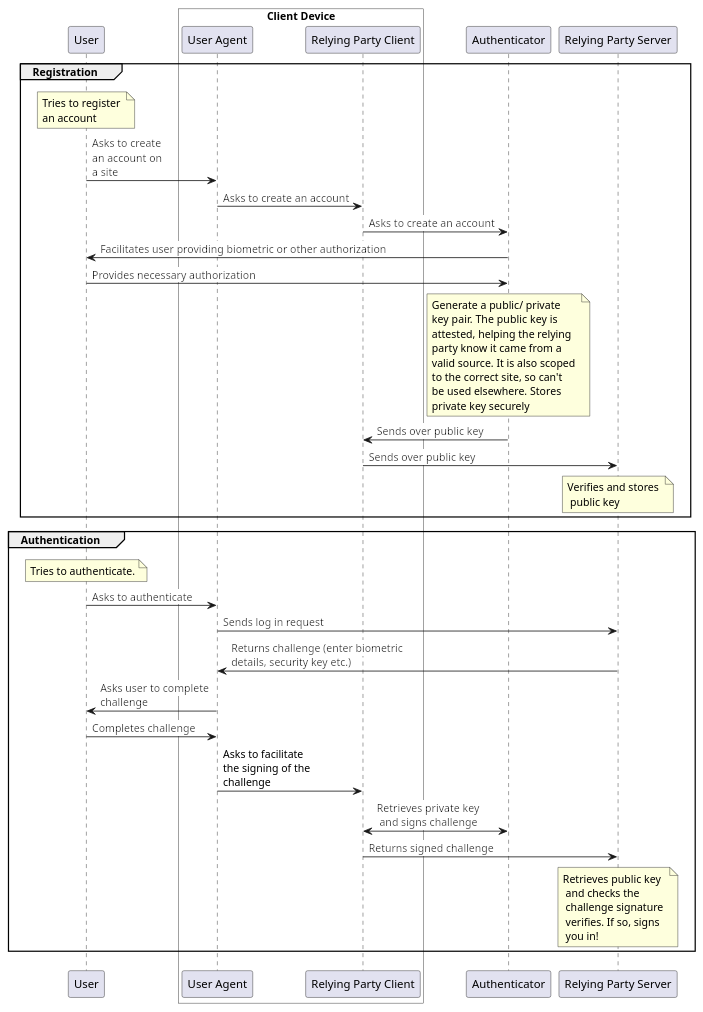
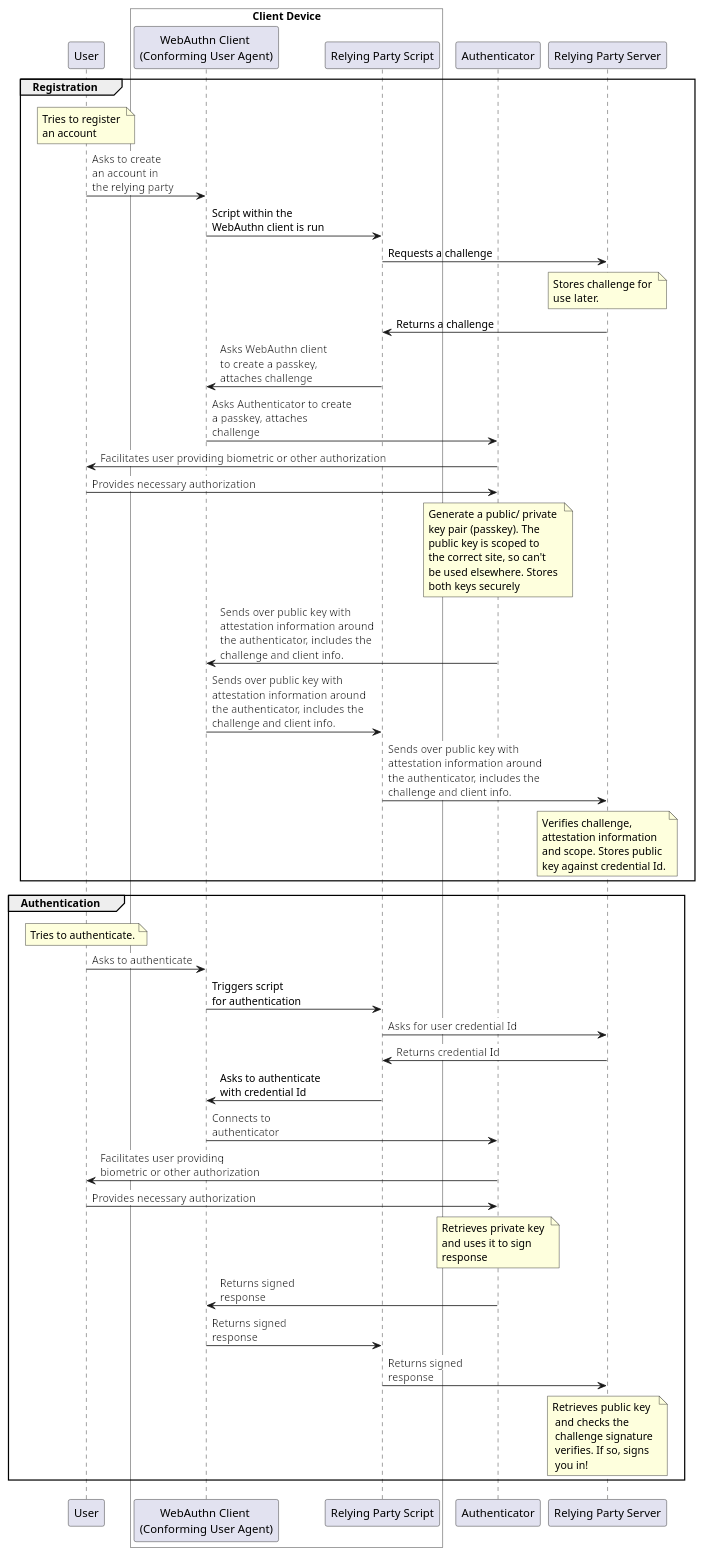
Before and after one commit to JamesCollerton/PlantUML-Diagrams: the diagram in WebAuthn/Passkeys/web-authn-overview.puml, drawn with PlantUML.

Commit message:
Update passkeys flow

```diff
--- a/WebAuthn/Passkeys/web-authn-overview.puml
+++ b/WebAuthn/Passkeys/web-authn-overview.puml
@@ -1,38 +1,48 @@
 @startuml
 
 !pragma teoz true
 participant "User" as user
 box "Client Device" #White
-    participant "User Agent" as user_agent
-    participant "Relying Party Client" as relying_party_client
+    participant "WebAuthn Client \n(Conforming User Agent)" as webauthn_client
+    participant "Relying Party Script" as relying_party_script
+    ' participant "Relying Party Client" as webauthn_client
 end box
 participant "Authenticator" as authenticator
 participant "Relying Party Server" as relying_party_server
 
 group Registration
     note over user: Tries to register \nan account
-    user -> user_agent: <back:white>Asks to create \n<back:white>an account on \n<back:white>a site
-    user_agent -> relying_party_client: <back:white>Asks to create an account
-    relying_party_client -> authenticator: <back:white>Asks to create an account
+    user -> webauthn_client: <back:white>Asks to create \n<back:white>an account in \n<back:white>the relying party
+    webauthn_client -> relying_party_script: Script within the \nWebAuthn client is run
+    relying_party_script -> relying_party_server: Requests a challenge
+    note over relying_party_server: Stores challenge for \nuse later.
+    relying_party_server -> relying_party_script: Returns a challenge
+    relying_party_script -> webauthn_client: <back:white>Asks WebAuthn client \n<back:white>to create a passkey, \n<back:white>attaches challenge
+    webauthn_client -> authenticator: <back:white>Asks Authenticator to create \n<back:white>a passkey, attaches \n<back:white>challenge
     authenticator -> user: <back:white>Facilitates user providing biometric or other authorization
     user -> authenticator: <back:white>Provides necessary authorization
-    note over authenticator: Generate a public/ private \nkey pair. The public key is \nattested, helping the relying \nparty know it came from a \nvalid source. It is also scoped \nto the correct site, so can't \nbe used elsewhere. Stores \nprivate key securely
-    authenticator -> relying_party_client: <back:white>Sends over public key
-    relying_party_client -> relying_party_server: <back:white>Sends over public key
-    note over relying_party_server: Verifies and stores \n public key 
+    note over authenticator: Generate a public/ private \nkey pair (passkey). The \npublic key is scoped to \nthe correct site, so can't \nbe used elsewhere. Stores \nboth keys securely
+    authenticator -> webauthn_client: <back:white>Sends over public key with \n<back:white>attestation information around \n<back:white>the authenticator, includes the \n<back:white>challenge and client info.
+    webauthn_client -> relying_party_script: <back:white>Sends over public key with \n<back:white>attestation information around \n<back:white>the authenticator, includes the \n<back:white>challenge and client info.
+    relying_party_script -> relying_party_server: <back:white>Sends over public key with \n<back:white>attestation information around \n<back:white>the authenticator, includes the \n<back:white>challenge and client info.
+    note over relying_party_server: Verifies challenge, \nattestation information \nand scope. Stores public \nkey against credential Id.
 end
 
 group Authentication
     note over user: Tries to authenticate.
-    user -> user_agent: <back:white>Asks to authenticate
-    user_agent -> relying_party_server: <back:white>Sends log in request
-    relying_party_server -> user_agent: <back:white>Returns challenge (enter biometric \n<back:white>details, security key etc.)
-    user_agent -> user: <back:white>Asks user to complete \n<back:white>challenge
-    user -> user_agent: <back:white>Completes challenge
-    user_agent -> relying_party_client: Asks to facilitate \nthe signing of the \nchallenge
-    relying_party_client <-> authenticator: <back:white>Retrieves private key \n<back:white> and signs challenge
-    relying_party_client -> relying_party_server: <back:white>Returns signed challenge
+    user -> webauthn_client: <back:white>Asks to authenticate
+    webauthn_client -> relying_party_script: Triggers script \nfor authentication
+    relying_party_script -> relying_party_server: <back:white>Asks for user credential Id
+    relying_party_server -> relying_party_script: <back:white>Returns credential Id
+    relying_party_script -> webauthn_client: Asks to authenticate \nwith credential Id
+    webauthn_client -> authenticator: <back:white>Connects to \n<back:white>authenticator
+    authenticator -> user: <back:white>Facilitates user providing \n<back:white>biometric or other authorization
+    user -> authenticator: <back:white>Provides necessary authorization
+    note over authenticator: Retrieves private key \nand uses it to sign \nresponse
+    authenticator -> webauthn_client: <back:white>Returns signed \n<back:white>response
+    webauthn_client -> relying_party_script: <back:white>Returns signed \n<back:white>response
+    relying_party_script -> relying_party_server: <back:white>Returns signed \n<back:white>response
     note over relying_party_server: Retrieves public key \n and checks the \n challenge signature \n verifies. If so, signs \n you in!
 end
 
 @enduml
```
